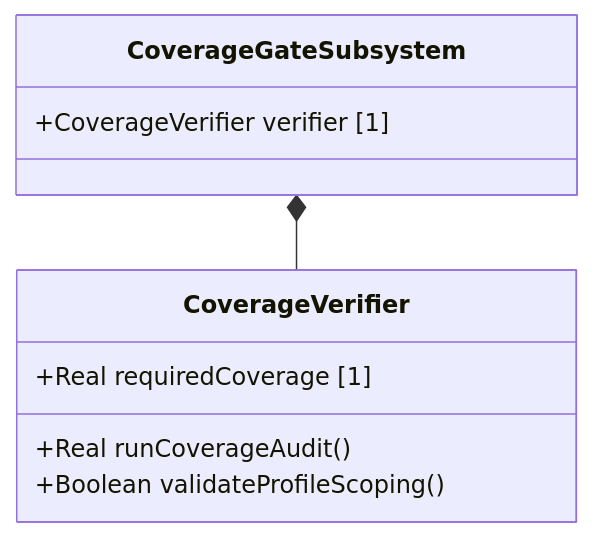
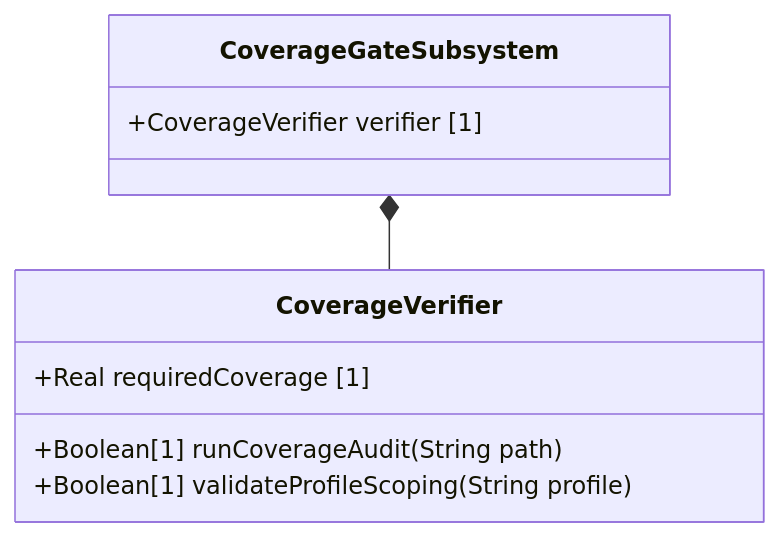
The diagram in docs/features/feat-27-coverage-gate.md (gintatkinson/digital-pipeline-repo), drawn with Mermaid before and after one commit. The commit also changed 17 other files, not shown here.

````diff
--- a/docs/features/feat-27-coverage-gate.md
+++ b/docs/features/feat-27-coverage-gate.md
@@ -12,12 +12,12 @@
 ```mermaid
 classDiagram
     class CoverageGateSubsystem {
         +CoverageVerifier verifier [1]
     }
     class CoverageVerifier {
         +Real requiredCoverage [1]
-        +Real runCoverageAudit()
-        +Boolean validateProfileScoping()
+        +Boolean[1] runCoverageAudit(String path)
+        +Boolean[1] validateProfileScoping(String profile)
     }
     CoverageGateSubsystem *-- CoverageVerifier
 ```
````
